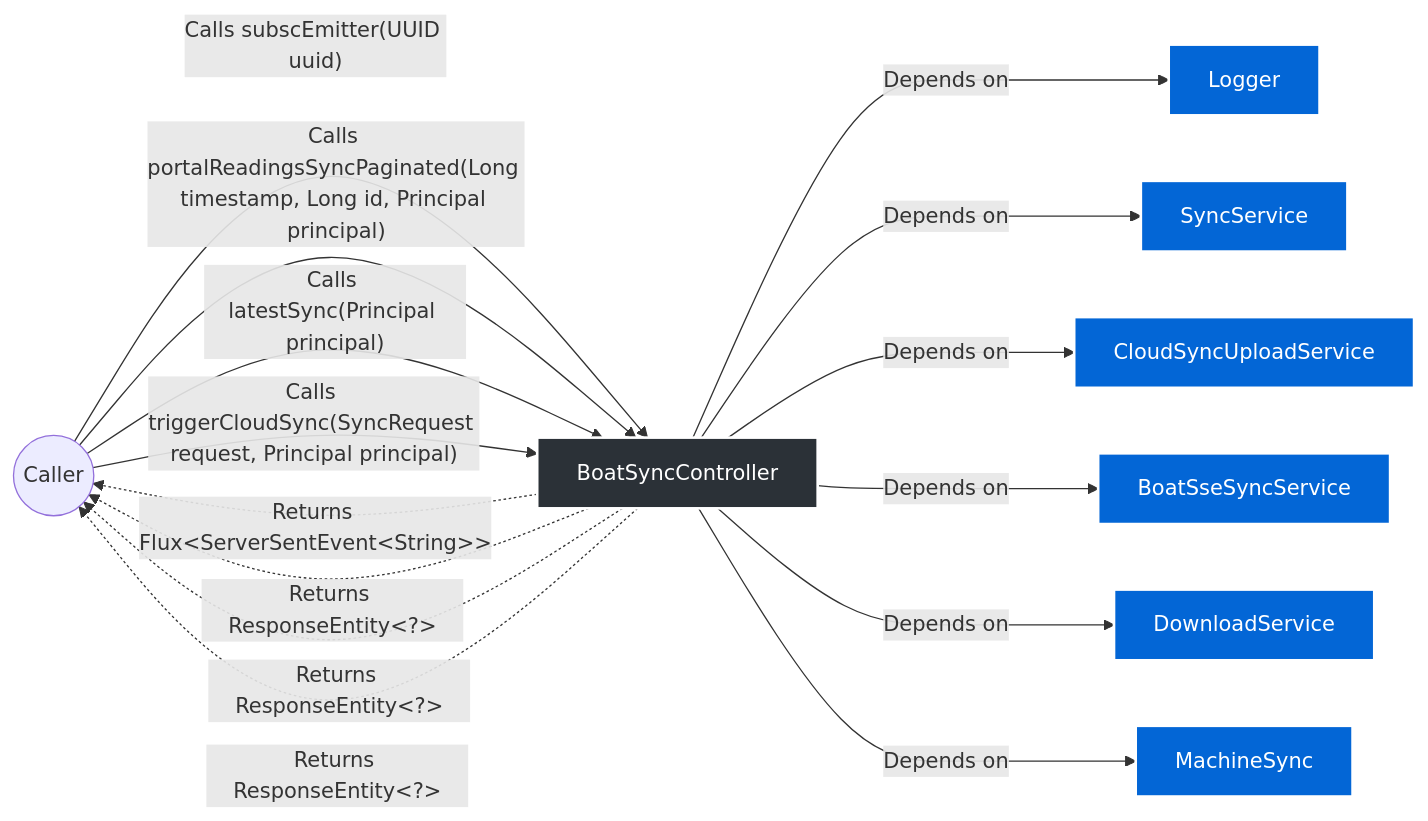
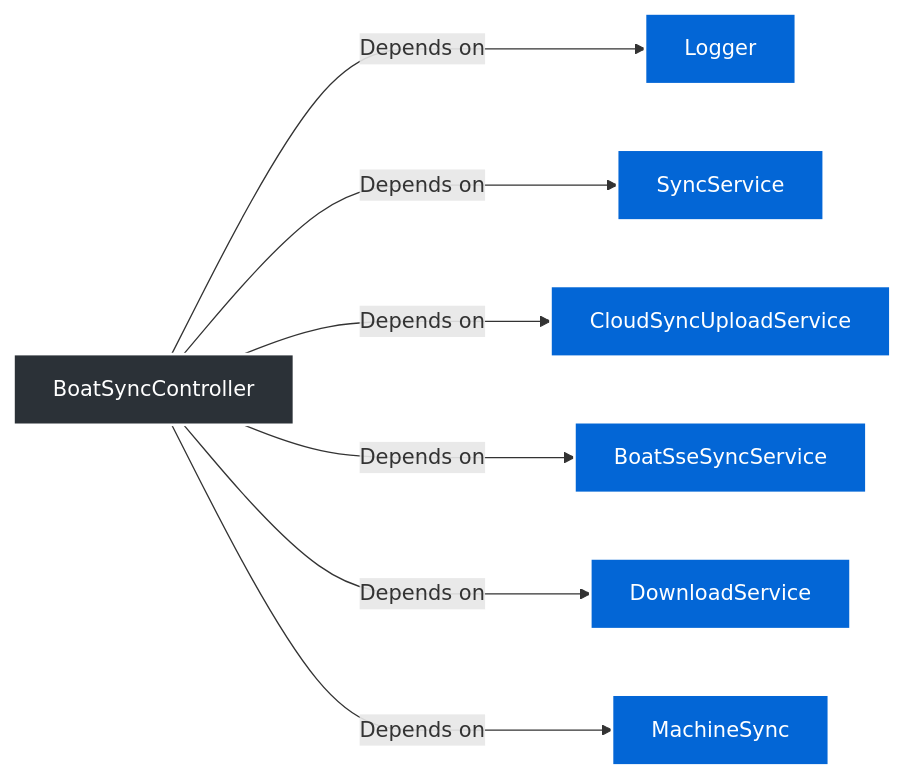
The first of 5 diagrams in docs/BoatSyncController.md (FelipeMCassiano/geanky), drawn with Mermaid before and after one commit. The commit also changed other lines of this file and 6 other files, not shown here.

````diff
--- a/docs/BoatSyncController.md
+++ b/docs/BoatSyncController.md
@@ -72,52 +72,36 @@
 ```mermaid
 flowchart LR
     %% Styling
     classDef classNode fill:#2b3137,stroke:#fff,stroke-width:2px,color:#fff;
     classDef stateNode fill:#f4f6f8,stroke:#d0d7de,color:#24292f;
     classDef extNode fill:#0366d6,stroke:#fff,stroke-width:2px,color:#fff;
     
-    Caller(("Caller"))
     ThisClass["BoatSyncController"]:::classNode
-
-    %% Method Calls
-    
-    Caller -- "Calls subscEmitter(UUID uuid)" --> ThisClass
-    ThisClass -. "Returns Flux&lt;ServerSentEvent&lt;String&gt;&gt;" .-> Caller
-    
-    Caller -- "Calls portalReadingsSyncPaginated(Long timestamp, Long id, Principal principal)" --> ThisClass
-    ThisClass -. "Returns ResponseEntity&lt;?&gt;" .-> Caller
-    
-    Caller -- "Calls latestSync(Principal principal)" --> ThisClass
-    ThisClass -. "Returns ResponseEntity&lt;?&gt;" .-> Caller
-    
-    Caller -- "Calls triggerCloudSync(SyncRequest request, Principal principal)" --> ThisClass
-    ThisClass -. "Returns ResponseEntity&lt;?&gt;" .-> Caller
-    
 
     %% State vs External Dependencies
     
     
     ThisClass -- "Depends on" ---> Dep_log["Logger"]:::extNode
     
     
     
     ThisClass -- "Depends on" ---> Dep_service["SyncService"]:::extNode
     
     
     
     ThisClass -- "Depends on" ---> Dep_syncService["CloudSyncUploadService"]:::extNode
     
     
     
     ThisClass -- "Depends on" ---> Dep_sseSyncService["BoatSseSyncService"]:::extNode
     
     
     
     ThisClass -- "Depends on" ---> Dep_downloadService["DownloadService"]:::extNode
     
     
     
     ThisClass -- "Depends on" ---> Dep_machineSync["MachineSync"]:::extNode
     
     
 ```
````
